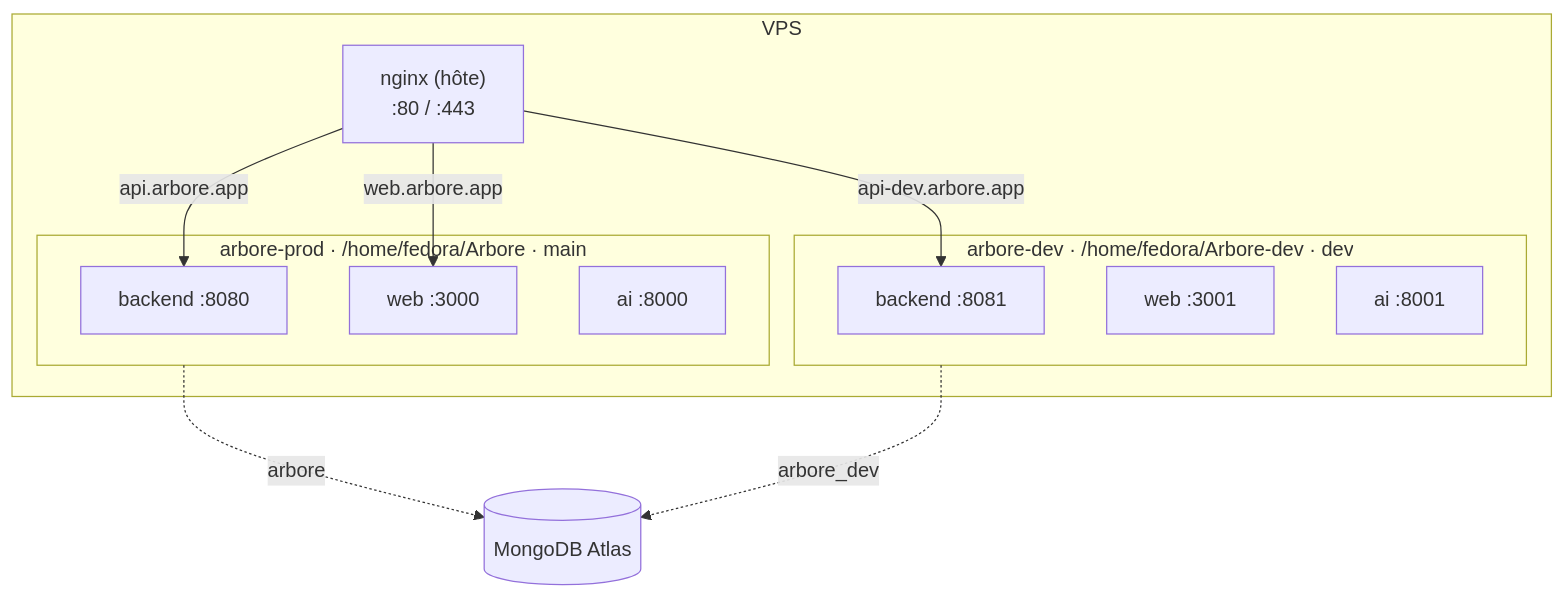
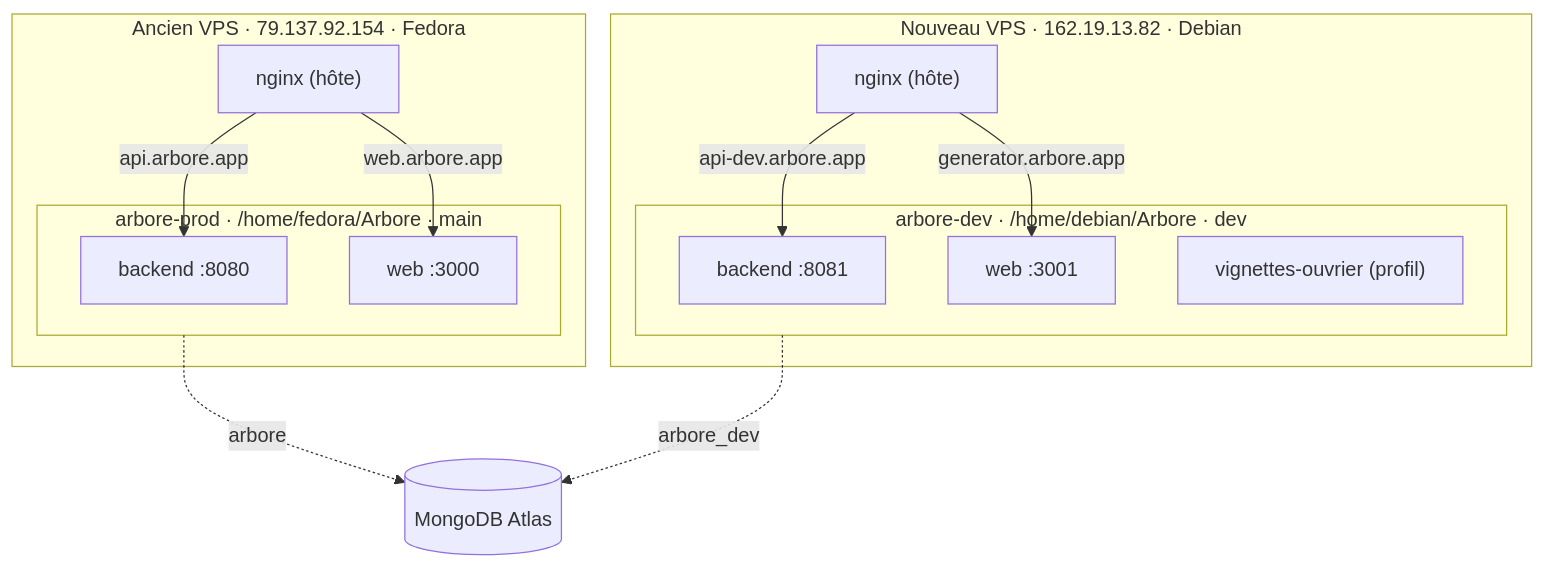
Before and after one commit to ArboreTeam/Arbore: the fourth of 5 diagrams in docs/fr/architecture/05-infrastructure.md, drawn with Mermaid. The commit also changed other lines of this file and 11 other files, not shown here.

````diff
--- a/docs/fr/architecture/05-infrastructure.md
+++ b/docs/fr/architecture/05-infrastructure.md
@@ -159,21 +159,24 @@
 ```mermaid
 flowchart TB
-    subgraph host["VPS"]
+    subgraph ancien["Ancien VPS · 79.137.92.154 · Fedora"]
         subgraph prod["arbore-prod · /home/fedora/Arbore · main"]
             p1["backend :8080"]
             p2["web :3000"]
-            p3["ai :8000"]
         end
-        subgraph devenv["arbore-dev · /home/fedora/Arbore-dev · dev"]
+        nginxA["nginx (hôte)"]
+    end
+    subgraph neuf["Nouveau VPS · 162.19.13.82 · Debian"]
+        subgraph devenv["arbore-dev · /home/debian/Arbore · dev"]
             d1["backend :8081"]
             d2["web :3001"]
-            d3["ai :8001"]
+            d3["vignettes-ouvrier (profil)"]
         end
-        nginx["nginx (hôte)<br/>:80 / :443"]
+        nginxB["nginx (hôte)"]
     end
-    nginx -->|api.arbore.app| p1
-    nginx -->|web.arbore.app| p2
-    nginx -->|api-dev.arbore.app| d1
+    nginxA -->|api.arbore.app| p1
+    nginxA -->|web.arbore.app| p2
+    nginxB -->|api-dev.arbore.app| d1
+    nginxB -->|generator.arbore.app| d2
     prod -.->|arbore| mongo[("MongoDB Atlas")]
     devenv -.->|arbore_dev| mongo
 ```
````
